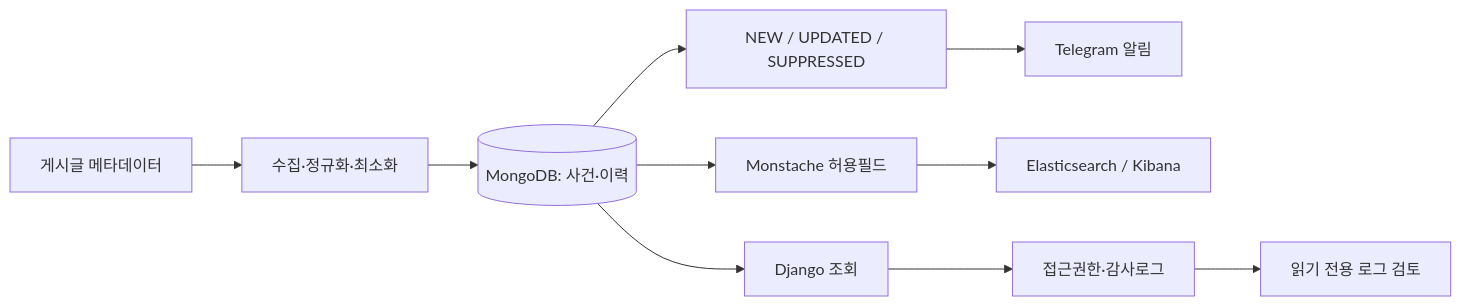
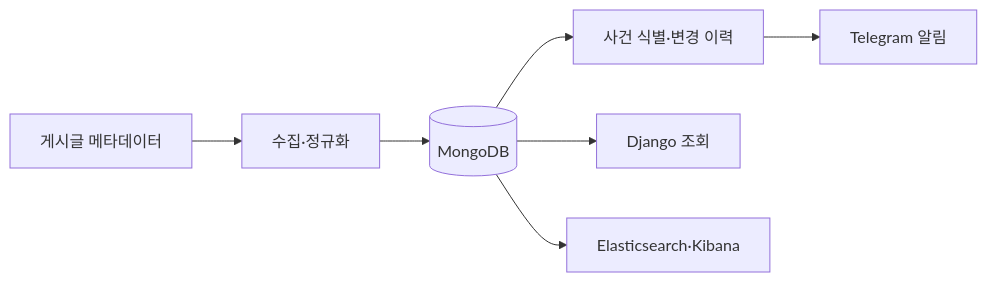
Before and after one commit to LEESJ7934/darkweb-threat-intelligence-monitor: the diagram in README.md, drawn with Mermaid. The commit also changed other lines of this file, not shown here.

````diff
--- a/README.md
+++ b/README.md
@@ -19,12 +14,9 @@
 ```mermaid
 flowchart LR
-  A[게시글 메타데이터] --> B[수집·정규화·최소화]
-  B --> C[(MongoDB: 사건·이력)]
-  C --> D[NEW / UPDATED / SUPPRESSED]
+  A[게시글 메타데이터] --> B[수집·정규화]
+  B --> C[(MongoDB)]
+  C --> D[사건 식별·변경 이력]
   D --> E[Telegram 알림]
   C --> F[Django 조회]
-  C --> G[Monstache 허용필드]
-  G --> H[Elasticsearch / Kibana]
-  F --> I[접근권한·감사로그]
-  I --> J[읽기 전용 로그 검토]
+  C --> G[Elasticsearch·Kibana]
 ```
````
